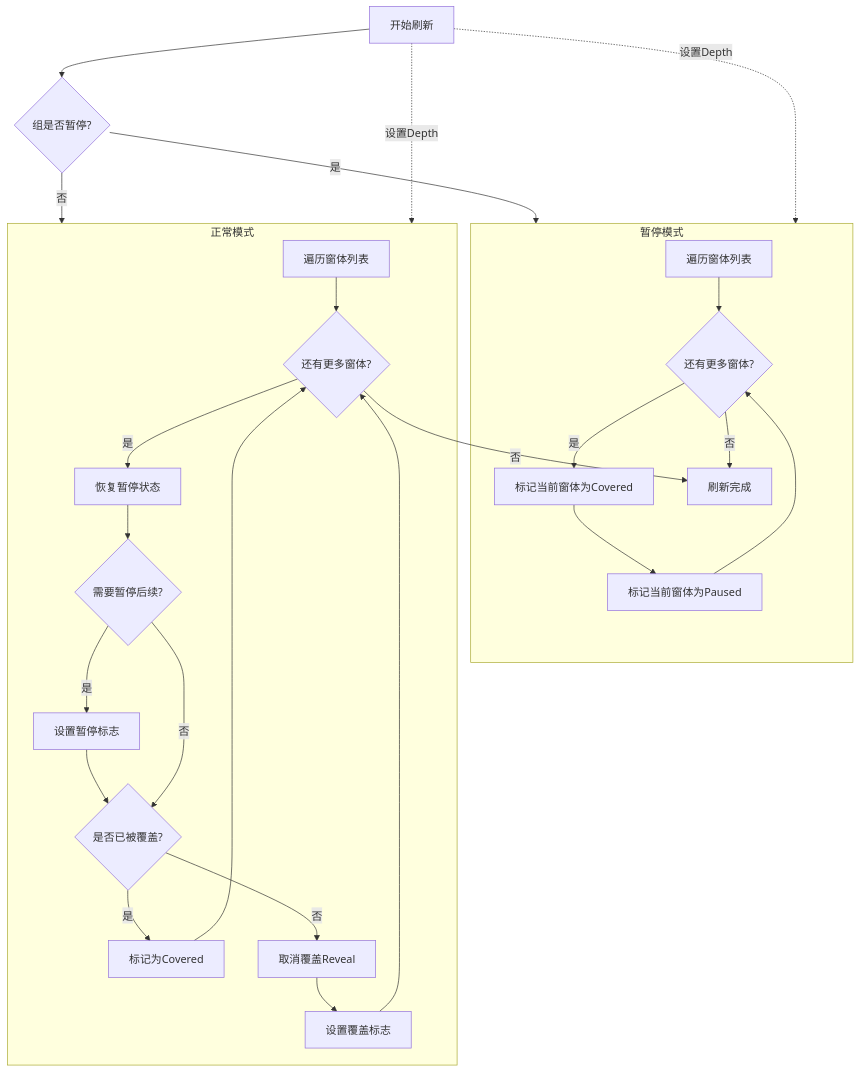
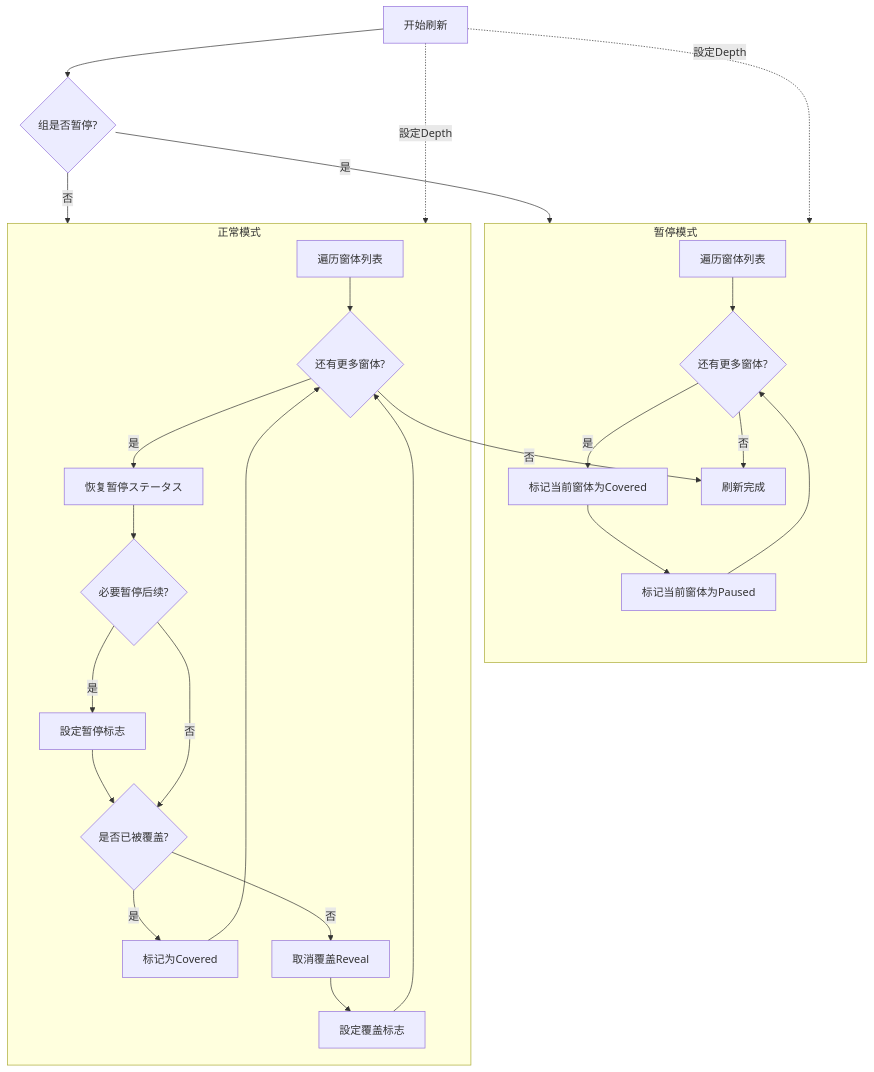
One commit to AlianBlank/GameFrameX.Docs changed the fourth of 4 diagrams in docs/ja/client/unity/component/ui/07.ui-group.md. Above: the diagram before and after it, drawn with Mermaid. The commit also changed other lines of this file and 603 other files, not shown here.

````diff
--- a/docs/ja/client/unity/component/ui/07.ui-group.md
+++ b/docs/ja/client/unity/component/ui/07.ui-group.md
@@ -215,33 +215,33 @@
 ```mermaid
 flowchart TD
     Start[开始刷新] --> CheckPause{组是否暂停?}
     
     CheckPause -->|是| PauseMode[进入暂停模式]
     CheckPause -->|否| NormalMode[进入正常模式]
     
     subgraph PauseMode["暂停模式"]
         PM1[遍历窗体列表] --> PM2{还有更多窗体?}
         PM2 -->|是| PM3[标记当前窗体为Covered]
         PM3 --> PM4[标记当前窗体为Paused]
         PM4 --> PM2
         PM2 -->|否| End[刷新完成]
     end
     
     subgraph NormalMode["正常模式"]
         NM1[遍历窗体列表] --> NM2{还有更多窗体?}
-        NM2 -->|是| NM3[恢复暂停状态]
-        NM3 --> NM4{需要暂停后续?}
-        NM4 -->|是| NM5[设置暂停标志]
+        NM2 -->|是| NM3[恢复暂停ステータス]
+        NM3 --> NM4{必要暂停后续?}
+        NM4 -->|是| NM5[設定暂停标志]
         NM5 --> NM6{是否已被覆盖?}
         NM4 -->|否| NM6
         NM6 -->|是| NM7[标记为Covered]
         NM6 -->|否| NM8[取消覆盖Reveal]
         NM7 --> NM2
-        NM8 --> NM9[设置覆盖标志]
+        NM8 --> NM9[設定覆盖标志]
         NM9 --> NM2
         NM2 -->|否| End
     end
     
-    Start -.->|设置Depth| NormalMode
-    Start -.->|设置Depth| PauseMode
+    Start -.->|設定Depth| NormalMode
+    Start -.->|設定Depth| PauseMode
 ```
````
